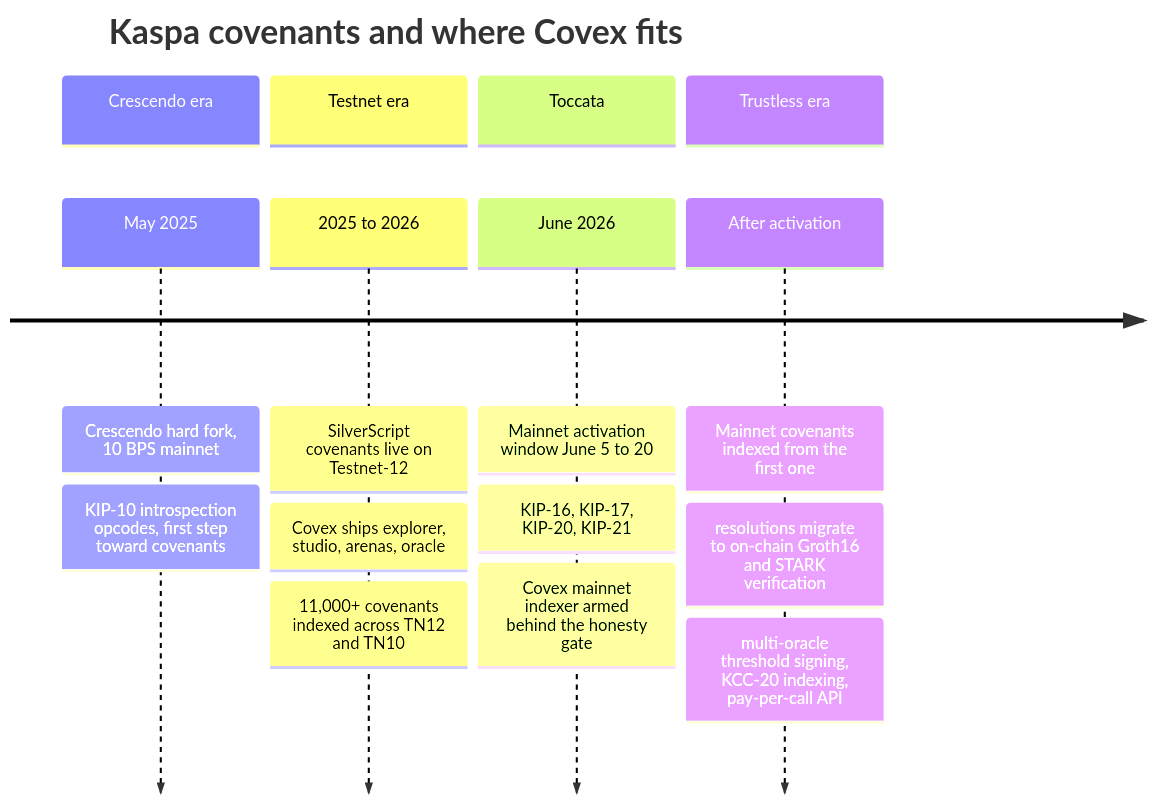
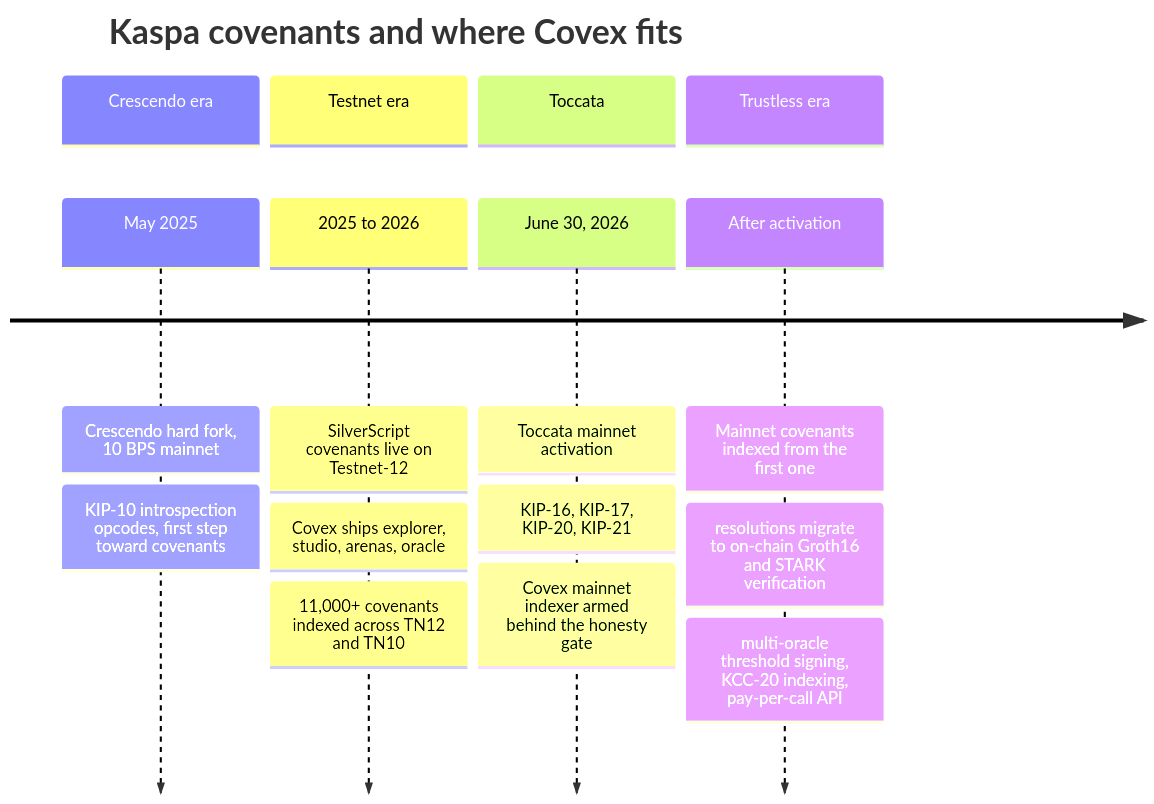
The fourth of 5 diagrams in README.md (THTProtocol/Covex27), drawn with Mermaid before and after one commit. The commit also changed other lines of this file, not shown here.

First line of the commit message:
README: Toccata June 30 2026, trustless-by-removal trust model, current numbers

````diff
--- a/README.md
+++ b/README.md
@@ -242,12 +242,12 @@
 ```mermaid
 timeline
     title Kaspa covenants and where Covex fits
     section Crescendo era
         May 2025 : Crescendo hard fork, 10 BPS mainnet : KIP-10 introspection opcodes, first step toward covenants
     section Testnet era
         2025 to 2026 : SilverScript covenants live on Testnet-12 : Covex ships explorer, studio, arenas, oracle : 11,000+ covenants indexed across TN12 and TN10
     section Toccata
-        June 2026 : Mainnet activation window June 5 to 20 : KIP-16, KIP-17, KIP-20, KIP-21 : Covex mainnet indexer armed behind the honesty gate
+        June 30, 2026 : Toccata mainnet activation : KIP-16, KIP-17, KIP-20, KIP-21 : Covex mainnet indexer armed behind the honesty gate
     section Trustless era
         After activation : Mainnet covenants indexed from the first one : resolutions migrate to on-chain Groth16 and STARK verification : multi-oracle threshold signing, KCC-20 indexing, pay-per-call API
 ```
````
